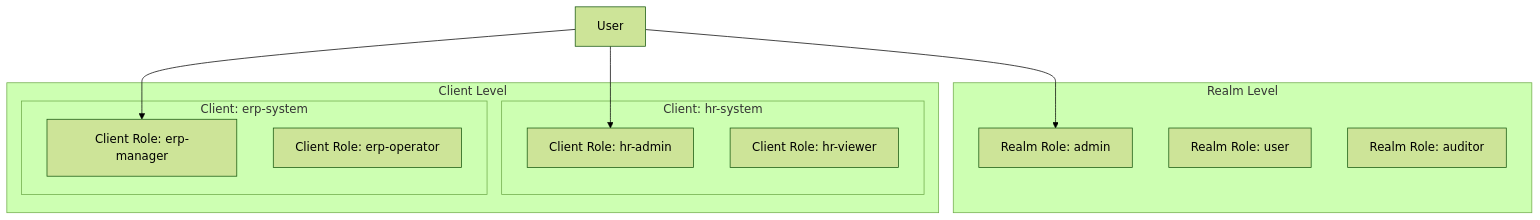
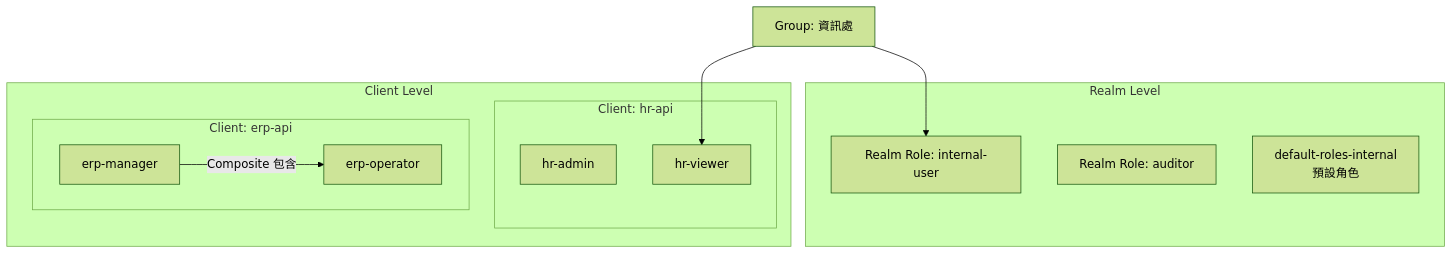
Before and after one commit to chihhung/Blog: diagram 11 of 19 in content/posts/教學/工具/Keycloak教學手冊.md, drawn with Mermaid (forest theme). The commit also changed other lines of this file and 10 other files, not shown here.

````diff
--- a/content/posts/教學/工具/Keycloak教學手冊.md
+++ b/content/posts/教學/工具/Keycloak教學手冊.md
@@ -958,24 +1970,23 @@
 ```mermaid
 graph TB
-    subgraph "Realm Level"
-        RR1[Realm Role: admin]
-        RR2[Realm Role: user]
-        RR3[Realm Role: auditor]
+    subgraph RL["Realm Level"]
+        RR1[Realm Role: internal-user]
+        RR2[Realm Role: auditor]
+        DR[default-roles-internal<br/>預設角色]
     end
-    
-    subgraph "Client Level"
-        subgraph "Client: hr-system"
-            CR1[Client Role: hr-admin]
-            CR2[Client Role: hr-viewer]
+
+    subgraph CL["Client Level"]
+        subgraph HR["Client: hr-api"]
+            CR1[hr-admin]
+            CR2[hr-viewer]
         end
-        
-        subgraph "Client: erp-system"
-            CR3[Client Role: erp-manager]
-            CR4[Client Role: erp-operator]
+        subgraph ERP["Client: erp-api"]
+            CR3[erp-manager]
+            CR4[erp-operator]
         end
     end
-    
-    U[User] --> RR1
-    U --> CR1
-    U --> CR3
+
+    G[Group: 資訊處] --> RR1
+    G --> CR2
+    CR3 -->|Composite 包含| CR4
 ```
````
